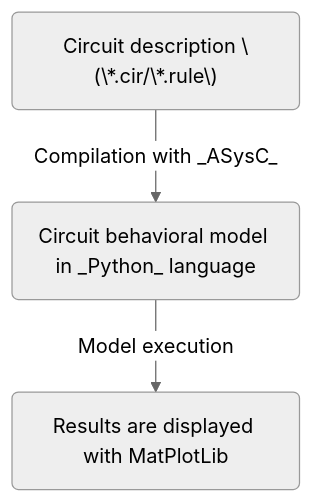
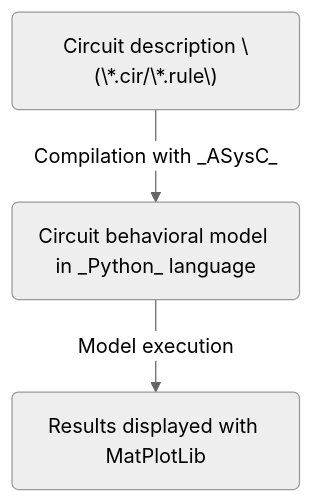
Before and after one commit to analog-system-compiler/asysc: the fifth of 5 diagrams in doc/asysc.adoc, drawn with Mermaid. The commit also changed other lines of this file and 5 other files, not shown here.

```diff
--- a/doc/asysc.adoc
+++ b/doc/asysc.adoc
@@ -306,13 +306,13 @@
 [mermaid,format=png, align="center"]
 ----
 ---
 config:
   theme: neutral
   look: classic
 ---
 flowchart TD
 A("Circuit description \(\*.cir/\*.rule\)")
 B("Circuit behavioral model in _Python_ language")
-C("Results are displayed with MatPlotLib")
+C("Results displayed with MatPlotLib")
 A -- Compilation with _ASysC_ -->B --Model execution--> C
 ----
```
